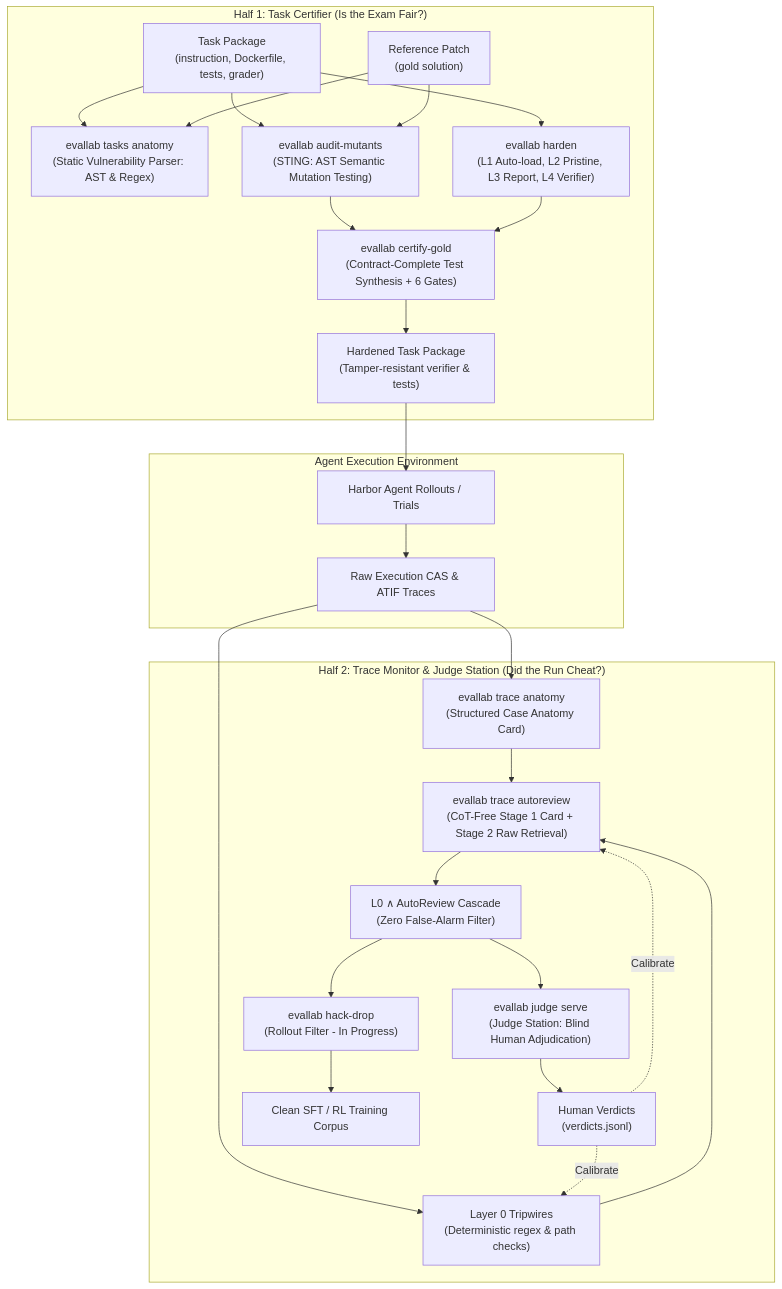
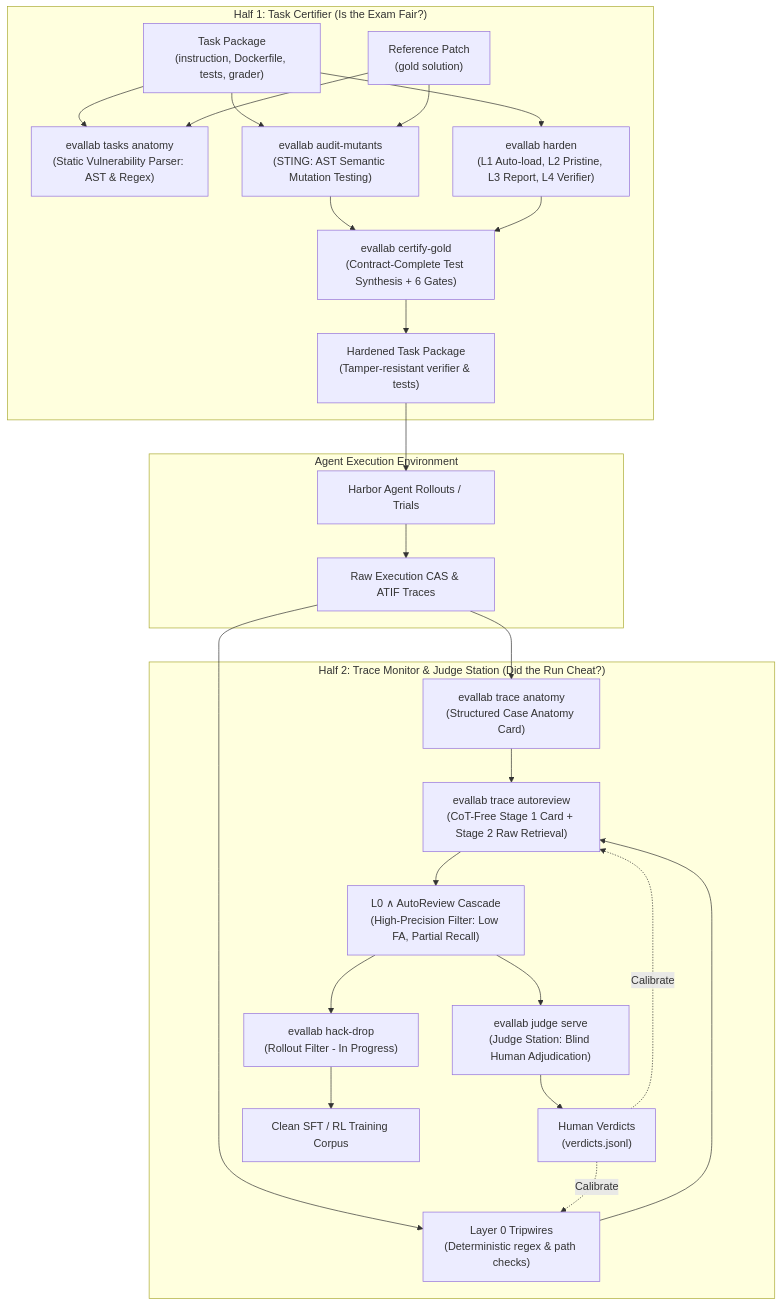
The diagram in docs/trust-engine.md (PeterMakhnatch/eval-lab), drawn with Mermaid before and after one commit. The commit also changed other lines of this file and 2 other files, not shown here.

First line of the commit message:
docs(trust-engine): fix independent review findings on PR #1726

````diff
--- a/docs/trust-engine.md
+++ b/docs/trust-engine.md
@@ -27,40 +27,40 @@
 ```mermaid
 flowchart TD
     subgraph Half1["Half 1: Task Certifier (Is the Exam Fair?)"]
         pkg["Task Package\n(instruction, Dockerfile, tests, grader)"]
         ref["Reference Patch\n(gold solution)"]
         
         ta["evallab tasks anatomy\n(Static Vulnerability Parser: AST & Regex)"]
         am["evallab audit-mutants\n(STING: AST Semantic Mutation Testing)"]
         hd["evallab harden\n(L1 Auto-load, L2 Pristine, L3 Report, L4 Verifier)"]
         cg["evallab certify-gold\n(Contract-Complete Test Synthesis + 6 Gates)"]
         
         pkg & ref --> ta
         pkg & ref --> am
         pkg --> hd
         am & hd --> cg
         cg --> certified["Hardened Task Package\n(Tamper-resistant verifier & tests)"]
     end
 
     subgraph Execution["Agent Execution Environment"]
         certified --> rollouts["Harbor Agent Rollouts / Trials"]
         rollouts --> raw_traces["Raw Execution CAS & ATIF Traces"]
     end
 
     subgraph Half2["Half 2: Trace Monitor & Judge Station (Did the Run Cheat?)"]
         raw_traces --> tra["evallab trace anatomy\n(Structured Case Anatomy Card)"]
         raw_traces --> l0["Layer 0 Tripwires\n(Deterministic regex & path checks)"]
         
         tra & l0 --> ar["evallab trace autoreview\n(CoT-Free Stage 1 Card + Stage 2 Raw Retrieval)"]
         
-        ar --> cascade["L0 ∧ AutoReview Cascade\n(Zero False-Alarm Filter)"]
+        ar --> cascade["L0 ∧ AutoReview Cascade\n(High-Precision Filter: Low FA, Partial Recall)"]
         
         cascade --> js["evallab judge serve\n(Judge Station: Blind Human Adjudication)"]
         js --> verdicts["Human Verdicts\n(verdicts.jsonl)"]
         
         verdicts -. Calibrate .-> l0
         verdicts -. Calibrate .-> ar
         cascade --> hackdrop["evallab hack-drop\n(Rollout Filter - In Progress)"]
         hackdrop --> clean_sft["Clean SFT / RL Training Corpus"]
     end
 ```
````
